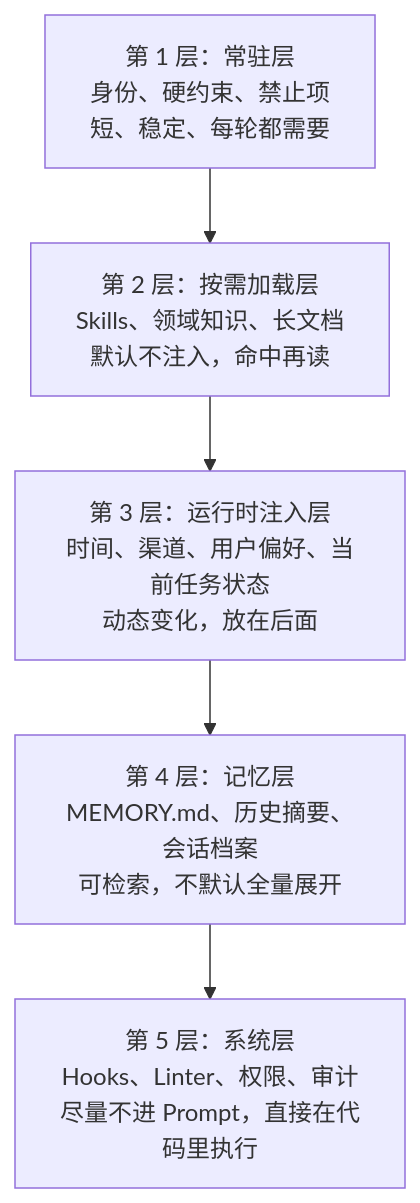
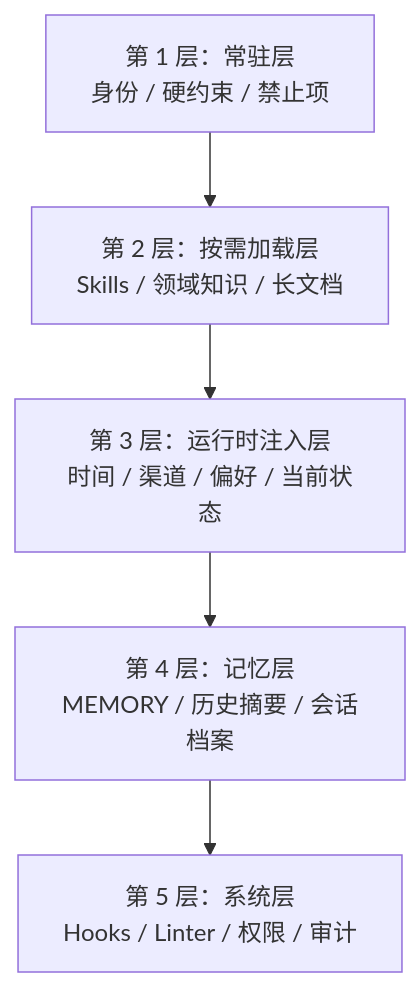
The sixth of 8 diagrams in src/content/blog/ai-agent-chatbot-to-coding-agent.md (liuqitoday/personal-blog), drawn with Mermaid before and after one commit. The commit also changed other lines of this file and 2 other files, not shown here.

Commit message:
Refine Mermaid diagram rendering and layouts

````diff
--- a/src/content/blog/ai-agent-chatbot-to-coding-agent.md
+++ b/src/content/blog/ai-agent-chatbot-to-coding-agent.md
@@ -419,10 +414,10 @@
 ```mermaid
 flowchart TB
-  A["第 1 层：常驻层<br/>身份、硬约束、禁止项<br/>短、稳定、每轮都需要"]
-  B["第 2 层：按需加载层<br/>Skills、领域知识、长文档<br/>默认不注入，命中再读"]
-  C["第 3 层：运行时注入层<br/>时间、渠道、用户偏好、当前任务状态<br/>动态变化，放在后面"]
-  D["第 4 层：记忆层<br/>MEMORY.md、历史摘要、会话档案<br/>可检索，不默认全量展开"]
-  E["第 5 层：系统层<br/>Hooks、Linter、权限、审计<br/>尽量不进 Prompt，直接在代码里执行"]
+  A["第 1 层：常驻层<br/>身份 / 硬约束 / 禁止项"]
+  B["第 2 层：按需加载层<br/>Skills / 领域知识 / 长文档"]
+  C["第 3 层：运行时注入层<br/>时间 / 渠道 / 偏好 / 当前状态"]
+  D["第 4 层：记忆层<br/>MEMORY / 历史摘要 / 会话档案"]
+  E["第 5 层：系统层<br/>Hooks / Linter / 权限 / 审计"]
 
   A --> B --> C --> D --> E
 ```
````
